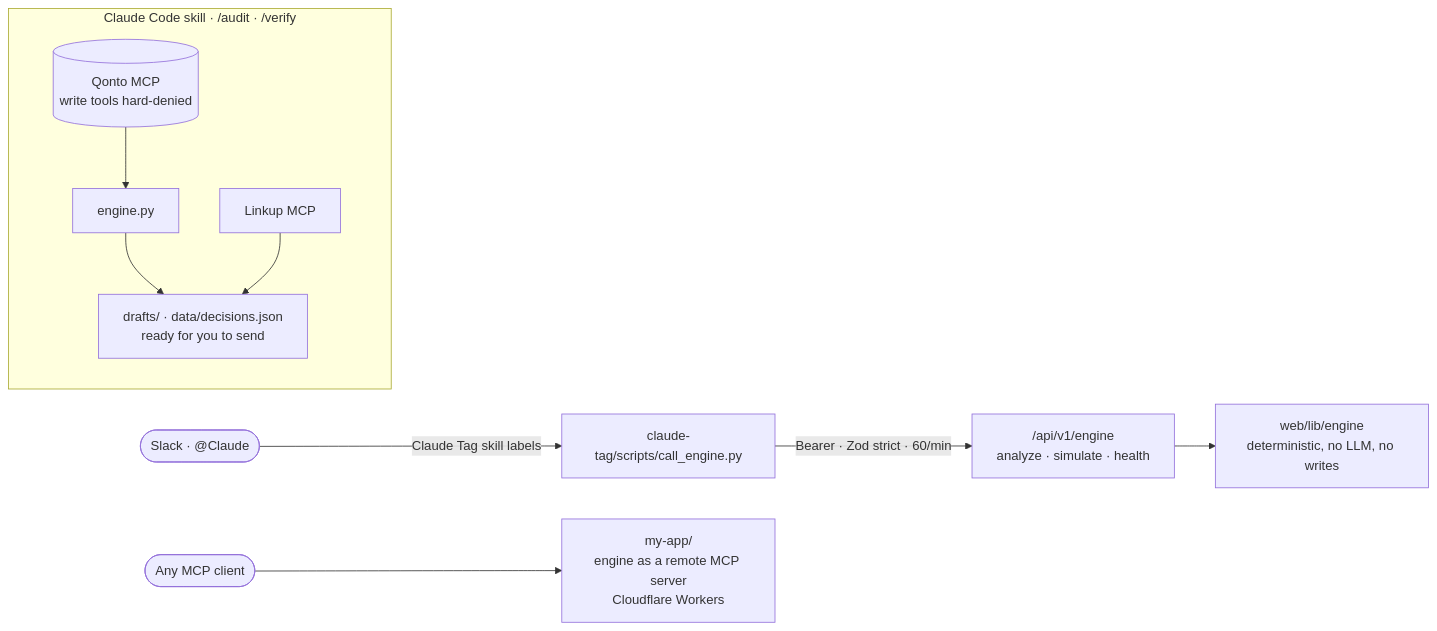
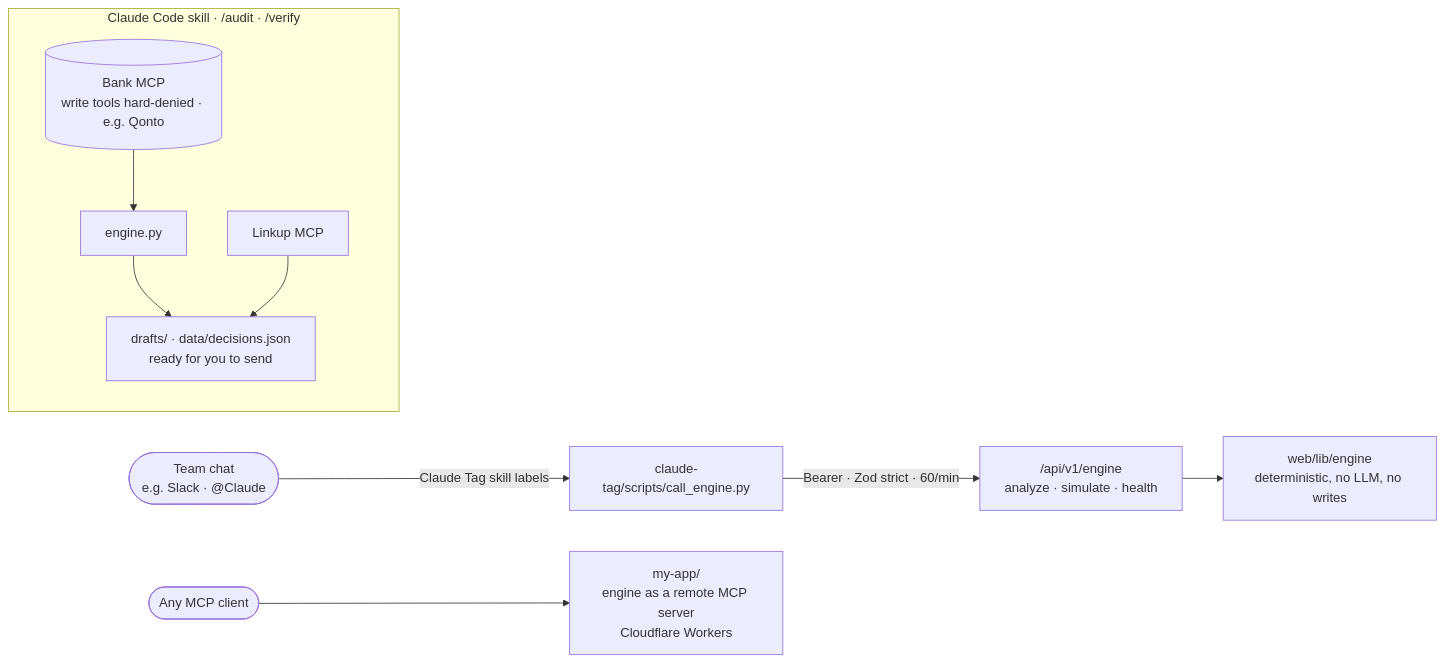
The second of 2 diagrams in README.md (kevinMPO/kerdaxis), drawn with Mermaid before and after one commit. The commit also changed other lines of this file and 6 other files, not shown here.

First line of the commit message:
docs: name only partner tools in the architecture diagrams

````diff
--- a/README.md
+++ b/README.md
@@ -185,18 +185,18 @@
 ```mermaid
 flowchart LR
     subgraph CC["Claude Code skill · /audit · /verify"]
       direction TB
-      QM[("Qonto MCP<br/>write tools hard-denied")]
+      QM[("Bank MCP<br/>write tools hard-denied · e.g. Qonto")]
       PY["engine.py"]
       LM["Linkup MCP"]
       OUT["drafts/ · data/decisions.json<br/>ready for you to send"]
       QM --> PY --> OUT
       LM --> OUT
     end
 
-    SL(["Slack · @Claude"]) -->|Claude Tag skill labels| CE["claude-tag/scripts/call_engine.py"]
+    SL(["Team chat<br/>e.g. Slack · @Claude"]) -->|Claude Tag skill labels| CE["claude-tag/scripts/call_engine.py"]
     CE -->|Bearer · Zod strict · 60/min| API["/api/v1/engine<br/>analyze · simulate · health"]
     API --> ENGW["web/lib/engine<br/>deterministic, no LLM, no writes"]
 
     MC(["Any MCP client"]) --> MCP["my-app/<br/>engine as a remote MCP server<br/>Cloudflare Workers"]
 ```
````
